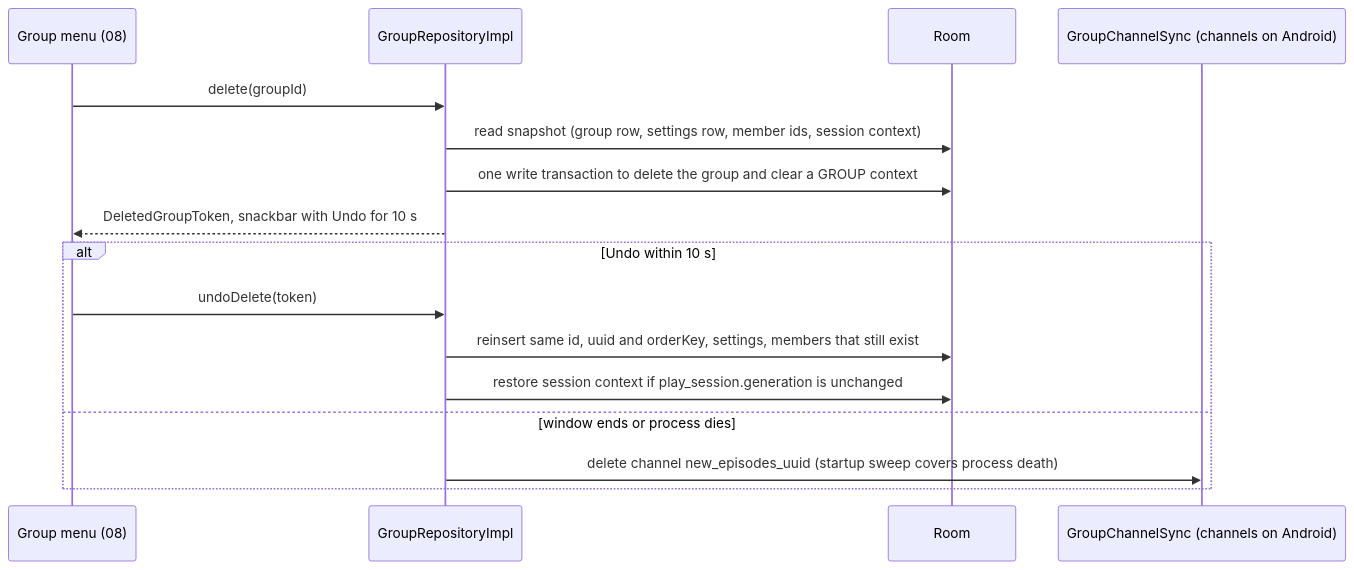
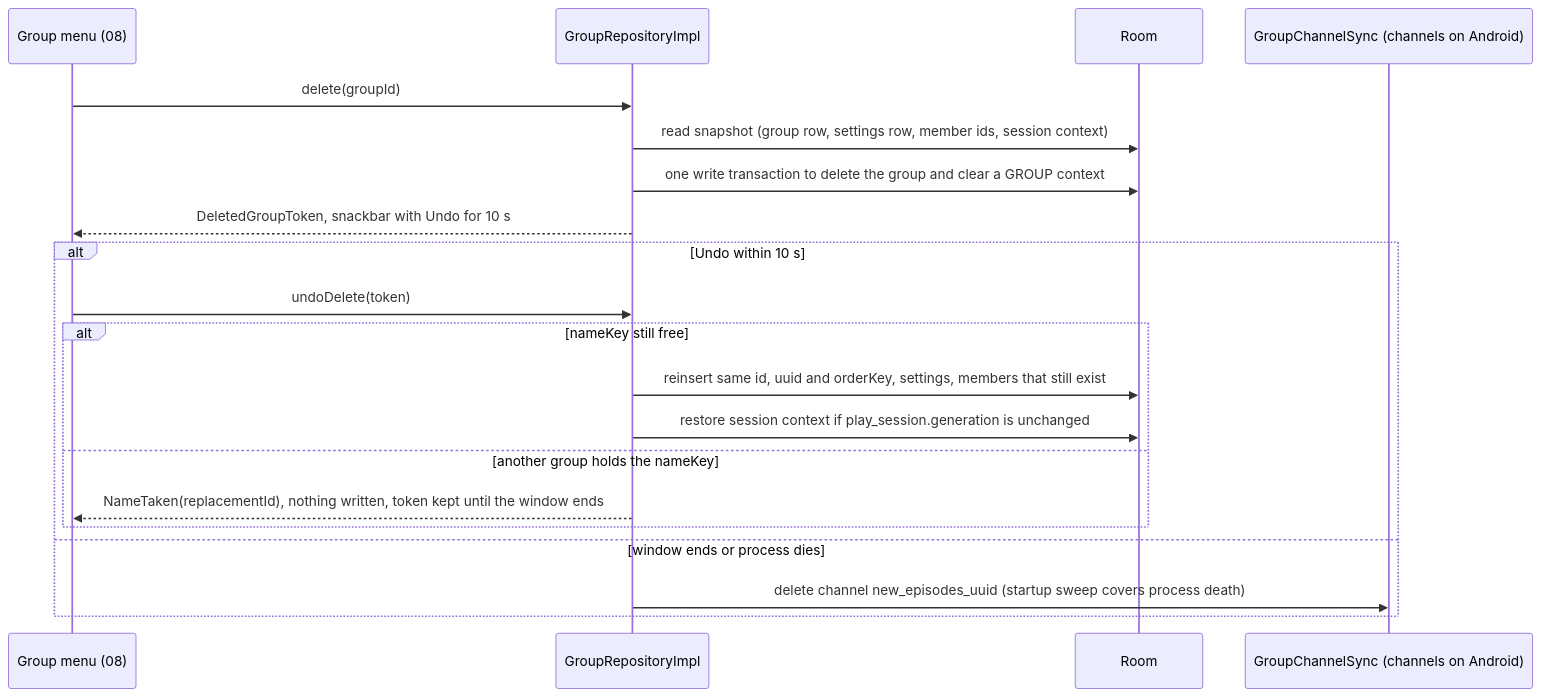
Before and after one commit to BigBoyDevBox/Neutrodyne: the second of 8 diagrams in docs/design/05-groups-opml-backup.md, drawn with Mermaid. The commit also changed other lines of this file and 13 other files, not shown here.

````diff
--- a/docs/design/05-groups-opml-backup.md
+++ b/docs/design/05-groups-opml-backup.md
@@ -269,18 +269,22 @@
 ```mermaid
 sequenceDiagram
   participant UI as Group menu (08)
   participant GR as GroupRepositoryImpl
   participant DB as Room
   participant CH as GroupChannelSync (channels on Android)
   UI->>GR: delete(groupId)
   GR->>DB: read snapshot (group row, settings row, member ids, session context)
   GR->>DB: one write transaction to delete the group and clear a GROUP context
   GR-->>UI: DeletedGroupToken, snackbar with Undo for 10 s
   alt Undo within 10 s
     UI->>GR: undoDelete(token)
-    GR->>DB: reinsert same id, uuid and orderKey, settings, members that still exist
-    GR->>DB: restore session context if play_session.generation is unchanged
+    alt nameKey still free
+      GR->>DB: reinsert same id, uuid and orderKey, settings, members that still exist
+      GR->>DB: restore session context if play_session.generation is unchanged
+    else another group holds the nameKey
+      GR-->>UI: NameTaken(replacementId), nothing written, token kept until the window ends
+    end
   else window ends or process dies
     GR->>CH: delete channel new_episodes_uuid (startup sweep covers process death)
   end
 ```
````
